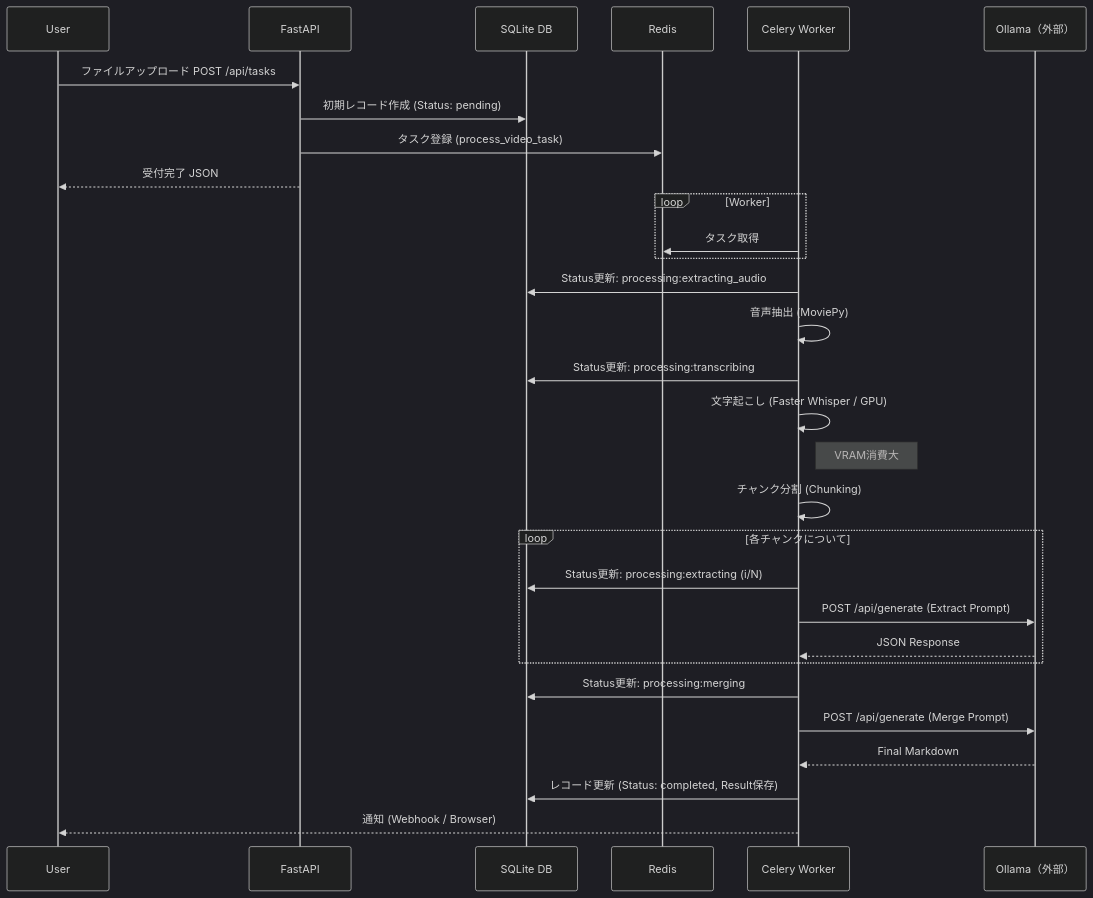
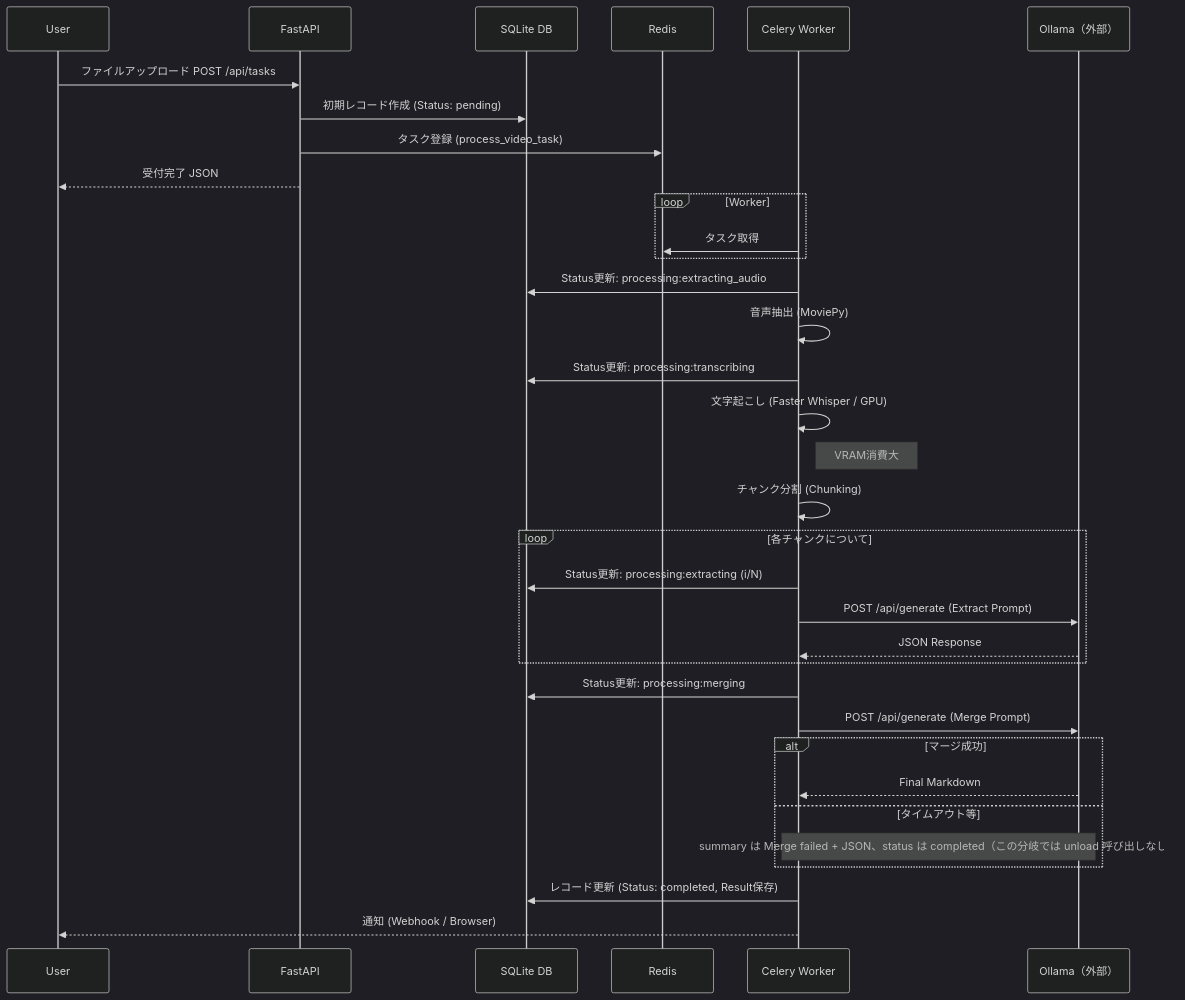
The second of 2 diagrams in document/architecture_design.md (gt-ynakamatsu/meeting-minutes-generator), drawn with Mermaid (dark theme) before and after one commit. The commit also changed other lines of this file and 15 other files, not shown here.

````diff
--- a/document/architecture_design.md
+++ b/document/architecture_design.md
@@ -72,40 +72,44 @@
 ```mermaid
 sequenceDiagram
     participant U as User
     participant A as FastAPI
     participant D as SQLite DB
     participant R as Redis
     participant W as Celery Worker
     participant O as Ollama（外部）
 
     U->>A: ファイルアップロード POST /api/tasks
     A->>D: 初期レコード作成 (Status: pending)
     A->>R: タスク登録 (process_video_task)
     A-->>U: 受付完了 JSON
 
     loop Worker
         W->>R: タスク取得
     end
 
     W->>D: Status更新: processing:extracting_audio
     W->>W: 音声抽出 (MoviePy)
 
     W->>D: Status更新: processing:transcribing
     W->>W: 文字起こし (Faster Whisper / GPU)
     note right of W: VRAM消費大
 
     W->>W: チャンク分割 (Chunking)
 
     loop 各チャンクについて
         W->>D: Status更新: processing:extracting (i/N)
         W->>O: POST /api/generate (Extract Prompt)
         O-->>W: JSON Response
     end
 
     W->>D: Status更新: processing:merging
     W->>O: POST /api/generate (Merge Prompt)
-    O-->>W: Final Markdown
+    alt マージ成功
+        O-->>W: Final Markdown
+    else タイムアウト等
+        Note over W,O: summary は Merge failed + JSON、status は completed（この分岐では unload 呼び出しなし）
+    end
 
     W->>D: レコード更新 (Status: completed, Result保存)
     W-->>U: 通知 (Webhook / Browser)
 ```
````
